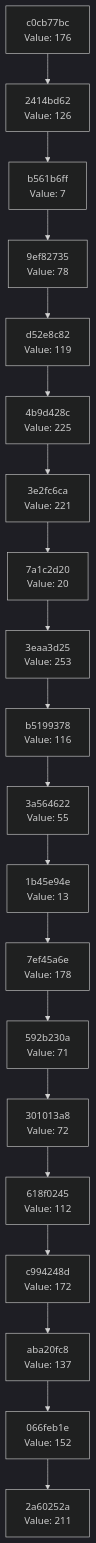
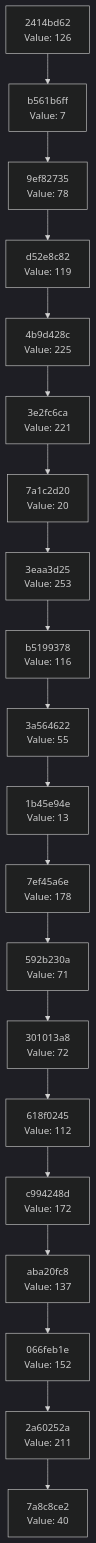
The diagram in docs/CHAIN_VISUALIZATION.md (Abhisheksinha1506/hash-chain-evolver), drawn with Mermaid (dark theme) before and after one commit. The commit also changed 3 other files, not shown here.

````diff
--- a/docs/CHAIN_VISUALIZATION.md
+++ b/docs/CHAIN_VISUALIZATION.md
@@ -3,42 +3,42 @@
 ```mermaid
 graph TD
-    C0["2a60252a<br/>Value: 211"]
-    C1["066feb1e<br/>Value: 152"]
+    C0["7a8c8ce2<br/>Value: 40"]
+    C1["2a60252a<br/>Value: 211"]
     C1 --> C0
-    C2["aba20fc8<br/>Value: 137"]
+    C2["066feb1e<br/>Value: 152"]
     C2 --> C1
-    C3["c994248d<br/>Value: 172"]
+    C3["aba20fc8<br/>Value: 137"]
     C3 --> C2
-    C4["618f0245<br/>Value: 112"]
+    C4["c994248d<br/>Value: 172"]
     C4 --> C3
-    C5["301013a8<br/>Value: 72"]
+    C5["618f0245<br/>Value: 112"]
     C5 --> C4
-    C6["592b230a<br/>Value: 71"]
+    C6["301013a8<br/>Value: 72"]
     C6 --> C5
-    C7["7ef45a6e<br/>Value: 178"]
+    C7["592b230a<br/>Value: 71"]
     C7 --> C6
-    C8["1b45e94e<br/>Value: 13"]
+    C8["7ef45a6e<br/>Value: 178"]
     C8 --> C7
-    C9["3a564622<br/>Value: 55"]
+    C9["1b45e94e<br/>Value: 13"]
     C9 --> C8
-    C10["b5199378<br/>Value: 116"]
+    C10["3a564622<br/>Value: 55"]
     C10 --> C9
-    C11["3eaa3d25<br/>Value: 253"]
+    C11["b5199378<br/>Value: 116"]
     C11 --> C10
-    C12["7a1c2d20<br/>Value: 20"]
+    C12["3eaa3d25<br/>Value: 253"]
     C12 --> C11
-    C13["3e2fc6ca<br/>Value: 221"]
+    C13["7a1c2d20<br/>Value: 20"]
     C13 --> C12
-    C14["4b9d428c<br/>Value: 225"]
+    C14["3e2fc6ca<br/>Value: 221"]
     C14 --> C13
-    C15["d52e8c82<br/>Value: 119"]
+    C15["4b9d428c<br/>Value: 225"]
     C15 --> C14
-    C16["9ef82735<br/>Value: 78"]
+    C16["d52e8c82<br/>Value: 119"]
     C16 --> C15
-    C17["b561b6ff<br/>Value: 7"]
+    C17["9ef82735<br/>Value: 78"]
     C17 --> C16
-    C18["2414bd62<br/>Value: 126"]
+    C18["b561b6ff<br/>Value: 7"]
     C18 --> C17
-    C19["c0cb77bc<br/>Value: 176"]
+    C19["2414bd62<br/>Value: 126"]
     C19 --> C18
 ```
````
